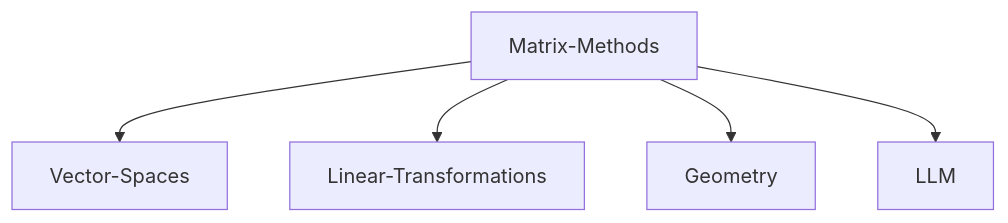
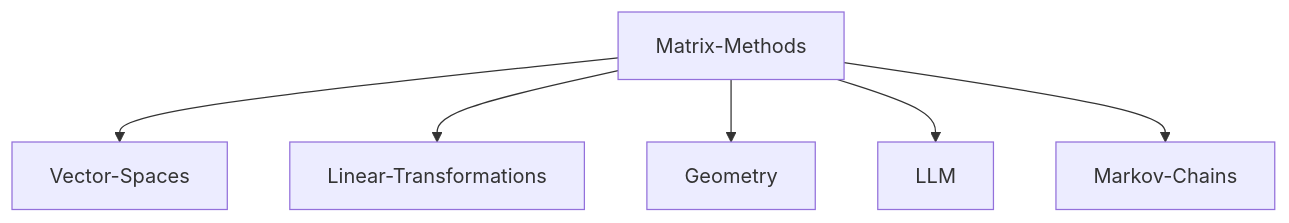
The diagram in README.md (mooculus/la-carte), drawn with Mermaid before and after one commit.

````diff
--- a/README.md
+++ b/README.md
@@ -6,8 +6,8 @@
 ```mermaid
   graph TD;
       Matrix-Methods --> Vector-Spaces;
       Matrix-Methods --> Linear-Transformations;
 	  Matrix-Methods --> Geometry;
 	  Matrix-Methods --> LLM;
-      
+	  Matrix-Methods --> Markov-Chains;
 ```
````
